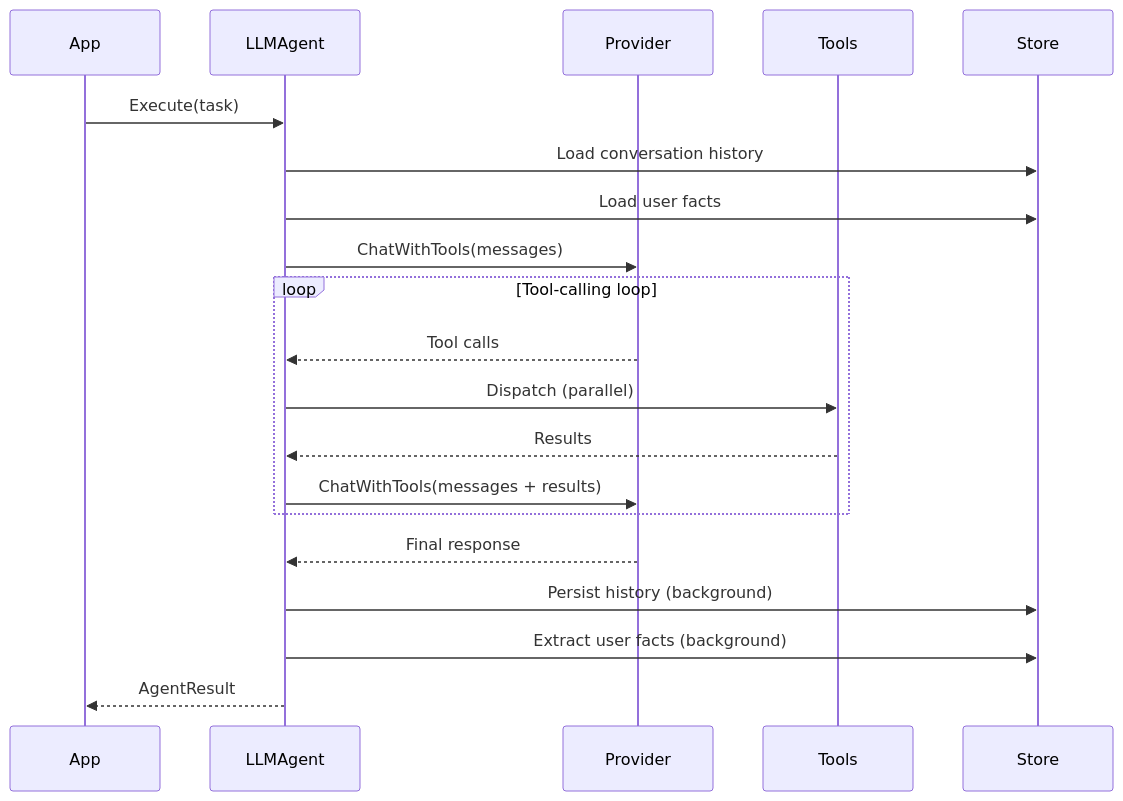
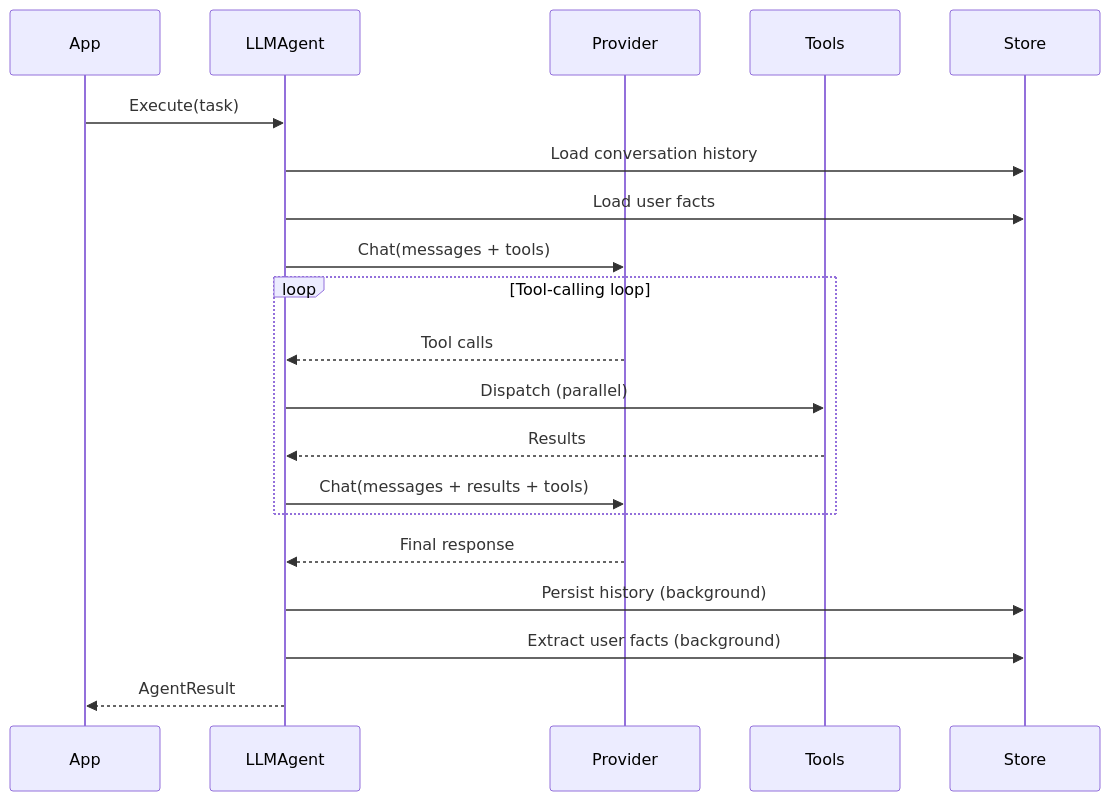
The second of 9 diagrams in docs/index.md (nevindra/oasis), drawn with Mermaid before and after one commit. The commit also changed 35 other files, not shown here.

````diff
--- a/docs/index.md
+++ b/docs/index.md
@@ -111,25 +111,25 @@
 ```mermaid
 sequenceDiagram
     participant App
     participant Agent as LLMAgent
     participant LLM as Provider
     participant T as Tools
     participant S as Store
 
     App->>Agent: Execute(task)
     Agent->>S: Load conversation history
     Agent->>S: Load user facts
-    Agent->>LLM: ChatWithTools(messages)
+    Agent->>LLM: Chat(messages + tools)
 
     loop Tool-calling loop
         LLM-->>Agent: Tool calls
         Agent->>T: Dispatch (parallel)
         T-->>Agent: Results
-        Agent->>LLM: ChatWithTools(messages + results)
+        Agent->>LLM: Chat(messages + results + tools)
     end
 
     LLM-->>Agent: Final response
     Agent->>S: Persist history (background)
     Agent->>S: Extract user facts (background)
     Agent-->>App: AgentResult
 ```
````
